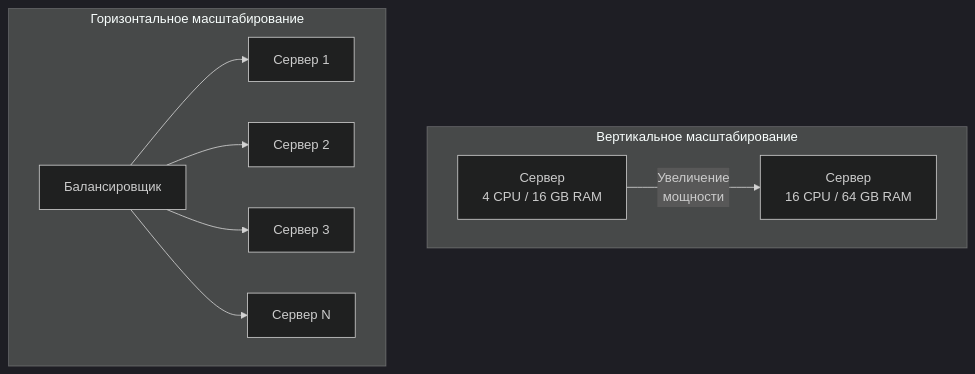
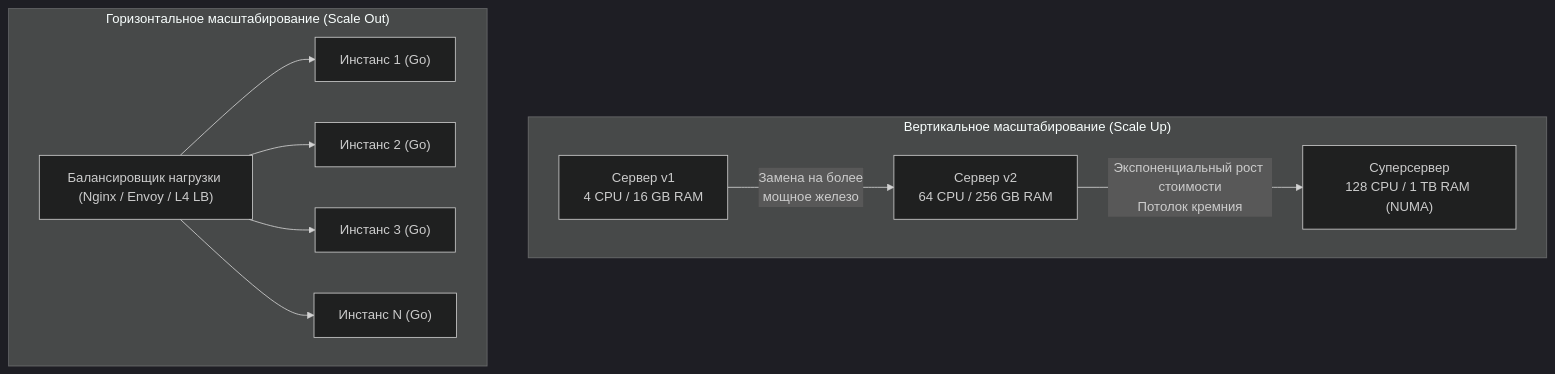
Before and after one commit to UnrealTemplier/go-textbook: the diagram in sources/11. Архитектура и System Design/6. Вертикальное и горизонтальное масштабирование.md, drawn with Mermaid (dark theme). The commit also changed other lines of this file, not shown here.

````diff
--- a/sources/11. Архитектура и System Design/6. Вертикальное и горизонтальное масштабирование.md
+++ b/sources/11. Архитектура и System Design/6. Вертикальное и горизонтальное масштабирование.md
@@ -12,20 +16,20 @@
 ```mermaid
 flowchart TD
-    subgraph Vertical["Вертикальное масштабирование"]
-        V1["Сервер<br>4 CPU / 16 GB RAM"]
-        V2["Сервер<br>16 CPU / 64 GB RAM"]
-        V1 -->|"Увеличение<br>мощности"| V2
+    subgraph Vertical["Вертикальное масштабирование (Scale Up)"]
+        V1["Сервер v1<br>4 CPU / 16 GB RAM"] -->|"Замена на более<br>мощное железо"| V2["Сервер v2<br>64 CPU / 256 GB RAM"]
+        V2 -->|"Экспоненциальный рост стоимости<br>Потолок кремния"| V3["Суперсервер<br>128 CPU / 1 TB RAM (NUMA)"]
     end
 
-    subgraph Horizontal["Горизонтальное масштабирование"]
-        H1["Сервер 1"]
-        H2["Сервер 2"]
-        H3["Сервер 3"]
-        H4["Сервер N"]
-        LB["Балансировщик"]
+    subgraph Horizontal["Горизонтальное масштабирование (Scale Out)"]
+        LB["Балансировщик нагрузки (Nginx / Envoy / L4 LB)"]
+        H1["Инстанс 1 (Go)"]
+        H2["Инстанс 2 (Go)"]
+        H3["Инстанс 3 (Go)"]
+        H4["Инстанс N (Go)"]
+        
         LB --> H1
         LB --> H2
         LB --> H3
         LB --> H4
     end
 ```
````
